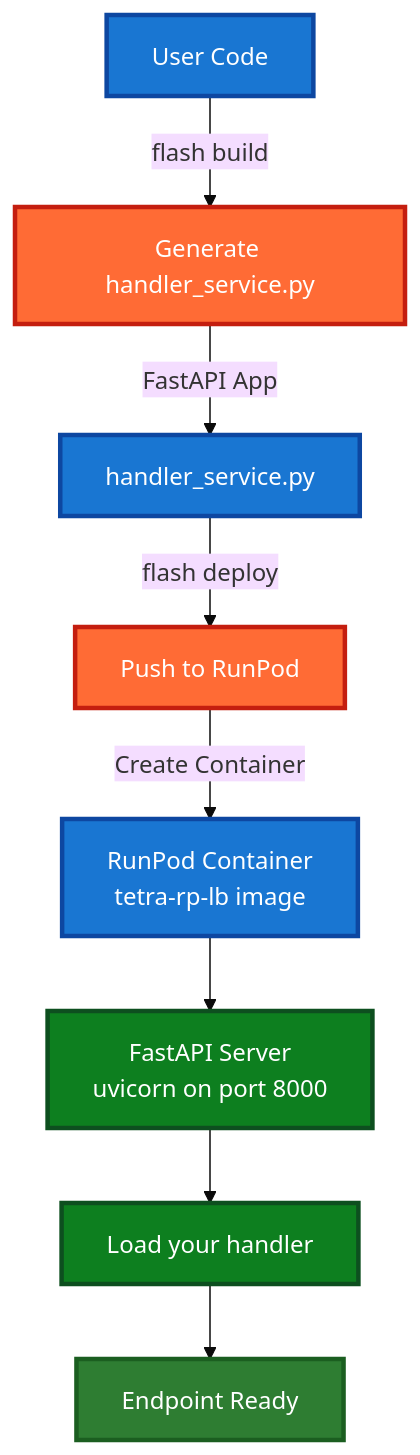
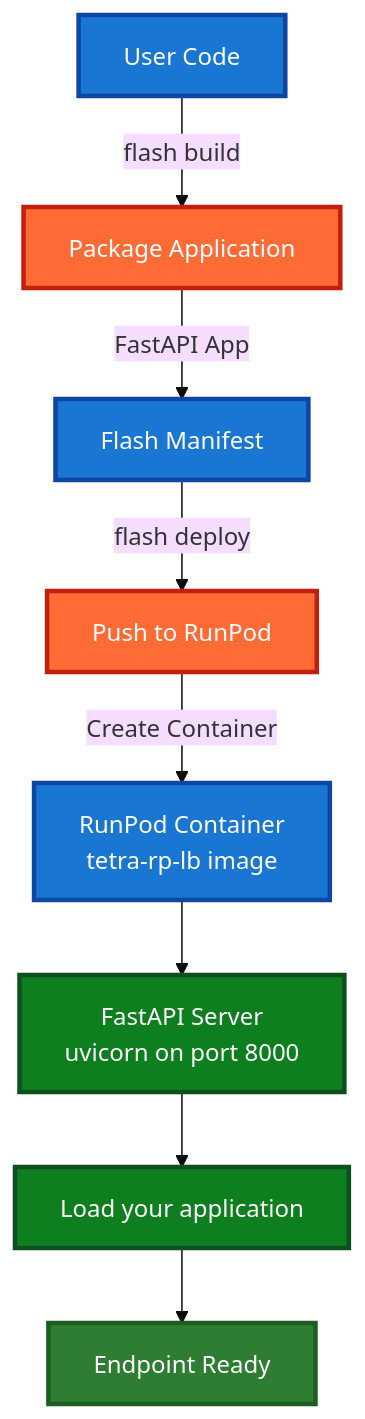
The first of 6 diagrams in docs/LoadBalancer_Runtime_Architecture.md (runpod/tetra-rp), drawn with Mermaid (base theme) before and after one commit. The commit also changed other lines of this file and 30 other files, not shown here.

First line of the commit message:
refactor(build): remove deprecated handler generator and add verification scripts (#166)

````diff
--- a/docs/LoadBalancer_Runtime_Architecture.md
+++ b/docs/LoadBalancer_Runtime_Architecture.md
@@ -13,19 +13,19 @@
 ```mermaid
 graph TD
-    A["User Code"] -->|flash build| B["Generate handler_service.py"]
-    B -->|FastAPI App| C["handler_service.py"]
+    A["User Code"] -->|flash build| B["Package Application"]
+    B -->|FastAPI App| C["Flash Manifest"]
     C -->|flash deploy| D["Push to RunPod"]
     D -->|Create Container| E["RunPod Container<br/>tetra-rp-lb image"]
     E --> F["FastAPI Server<br/>uvicorn on port 8000"]
-    F --> G["Load your handler"]
+    F --> G["Load your application"]
     G --> H["Endpoint Ready"]
 
     style A fill:#1976d2,stroke:#0d47a1,stroke-width:3px,color:#fff
     style B fill:#ff6b35,stroke:#c41e0f,stroke-width:3px,color:#fff
     style C fill:#1976d2,stroke:#0d47a1,stroke-width:3px,color:#fff
     style D fill:#ff6b35,stroke:#c41e0f,stroke-width:3px,color:#fff
     style E fill:#1976d2,stroke:#0d47a1,stroke-width:3px,color:#fff
     style F fill:#0d7f1f,stroke:#0d4f1f,stroke-width:3px,color:#fff
     style G fill:#0d7f1f,stroke:#0d4f1f,stroke-width:3px,color:#fff
     style H fill:#2e7d32,stroke:#1b5e20,stroke-width:3px,color:#fff
 ```
````
